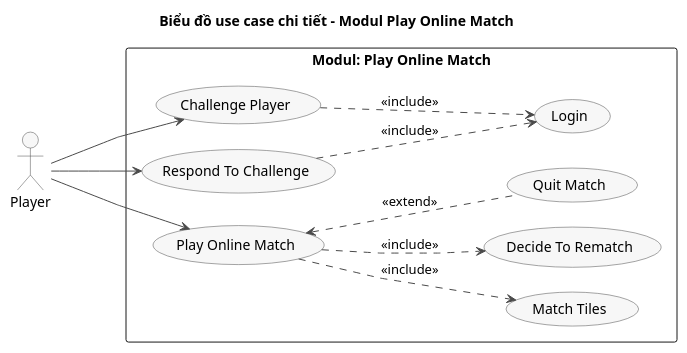
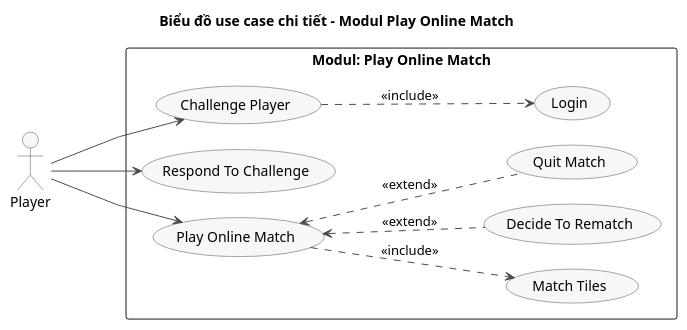
One commit to VattenL/mobile-pikachu changed the diagram in docs/uml/pha1/uc-m4-play-online-match.puml. Above: the diagram before and after it, drawn with PlantUML. The commit also changed 73 other files, not shown here.

```diff
--- a/docs/uml/pha1/uc-m4-play-online-match.puml
+++ b/docs/uml/pha1/uc-m4-play-online-match.puml
@@ -1,41 +1,40 @@
 @startuml uc-m4-play-online-match
 title Biểu đồ use case chi tiết - Modul Play Online Match
 
 left to right direction
 skinparam linetype polyline
 skinparam packageStyle rectangle
 skinparam shadowing false
 skinparam nodesep 25
 skinparam ranksep 90
 skinparam usecase {
   BackgroundColor #F7F7F7
   BorderColor #4A4A4A
   ArrowColor #4A4A4A
 }
 skinparam actor {
   BackgroundColor #F7F7F7
   BorderColor #4A4A4A
 }
 
 actor "Player" as Player
 
 rectangle "Modul: Play Online Match" {
   usecase "Challenge Player" as UC06
   usecase "Respond To Challenge" as UC07
   usecase "Play Online Match" as UC08
   usecase "Login" as UC02
   usecase "Match Tiles" as UC08_1
   usecase "Decide To Rematch" as UC08_2
   usecase "Quit Match" as UC08_3
 }
 
 Player --> UC06
 Player --> UC07
 Player --> UC08
 
 UC06 ..> UC02 : <<include>>
-UC07 ..> UC02 : <<include>>
 UC08 ..> UC08_1 : <<include>>
-UC08 ..> UC08_2 : <<include>>
+UC08 <.. UC08_2 : <<extend>>
 UC08 <.. UC08_3 : <<extend>>
 @enduml
```
